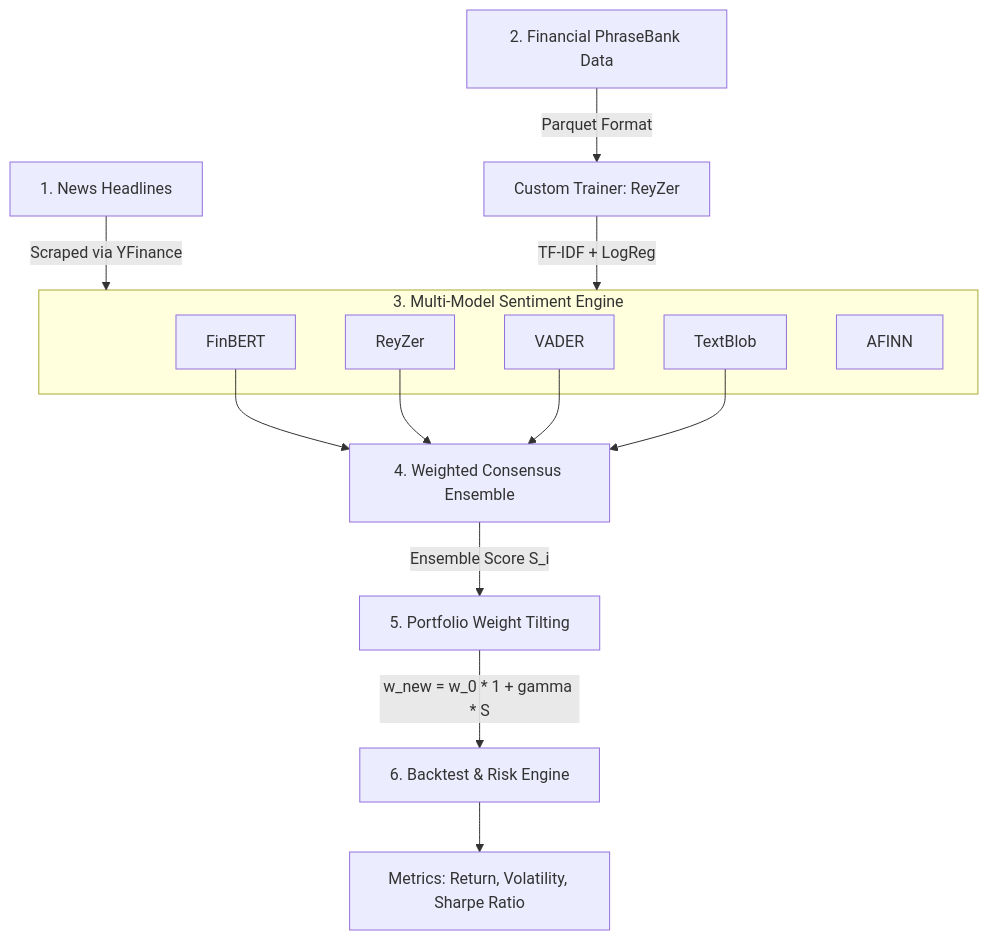
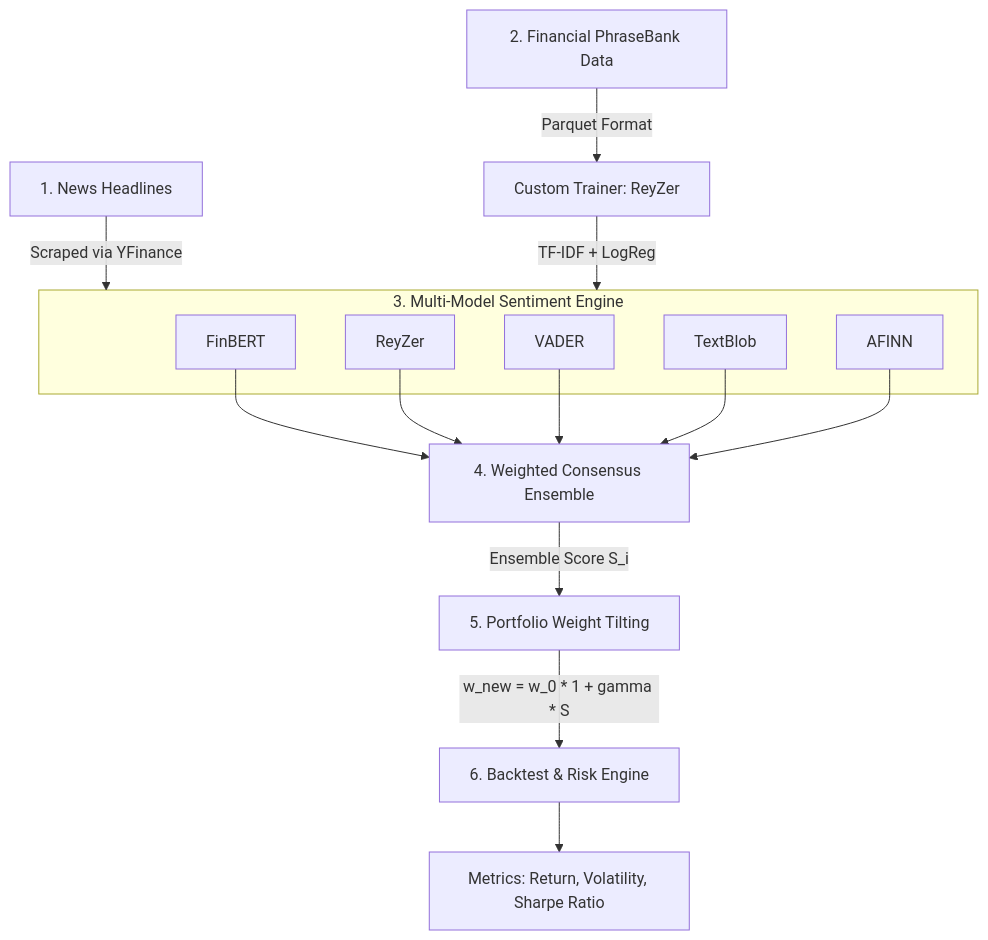
Before and after one commit to creydit/Stock-Portfolio-Management: the diagram in README.md, drawn with Mermaid.

````diff
--- a/README.md
+++ b/README.md
@@ -9,28 +9,29 @@
 ```mermaid
 graph TD
     %% Input Nodes
     A[1. News Headlines] -->|Scraped via YFinance| C[3. Multi-Model Sentiment Engine]
     B[2. Financial PhraseBank Data] -->|Parquet Format| M[Custom Trainer: ReyZer]
     M -->|TF-IDF + LogReg| C
 
     %% Sentiment Suite
     subgraph C [3. Multi-Model Sentiment Engine]
         C1[FinBERT]
         C2[ReyZer]
         C3[VADER]
         C4[TextBlob]
         C5[AFINN]
     end
 
     %% Consensus & Tilting
     C1 --> D[4. Weighted Consensus Ensemble]
     C2 --> D
     C3 --> D
     C4 --> D
+    C5 --> D
     
     D -->|Ensemble Score S_i| E[5. Portfolio Weight Tilting]
     
     %% Backtest
     E -->|w_new = w_0 * 1 + gamma * S| F[6. Backtest & Risk Engine]
     F --> G[Metrics: Return, Volatility, Sharpe Ratio]
 ```
````
